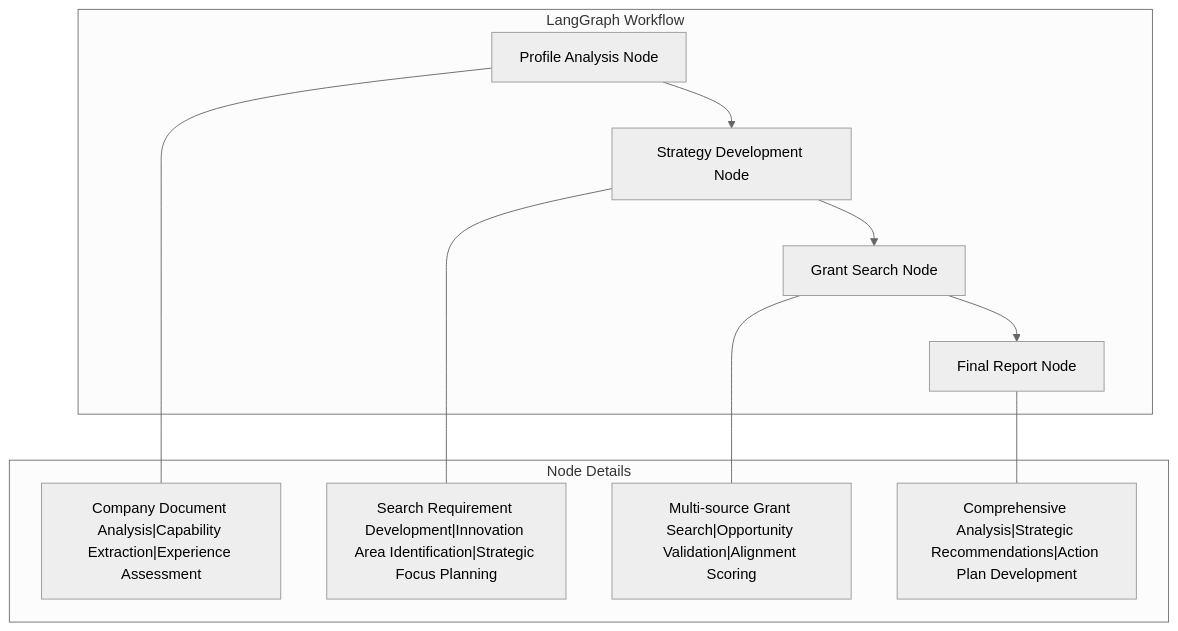
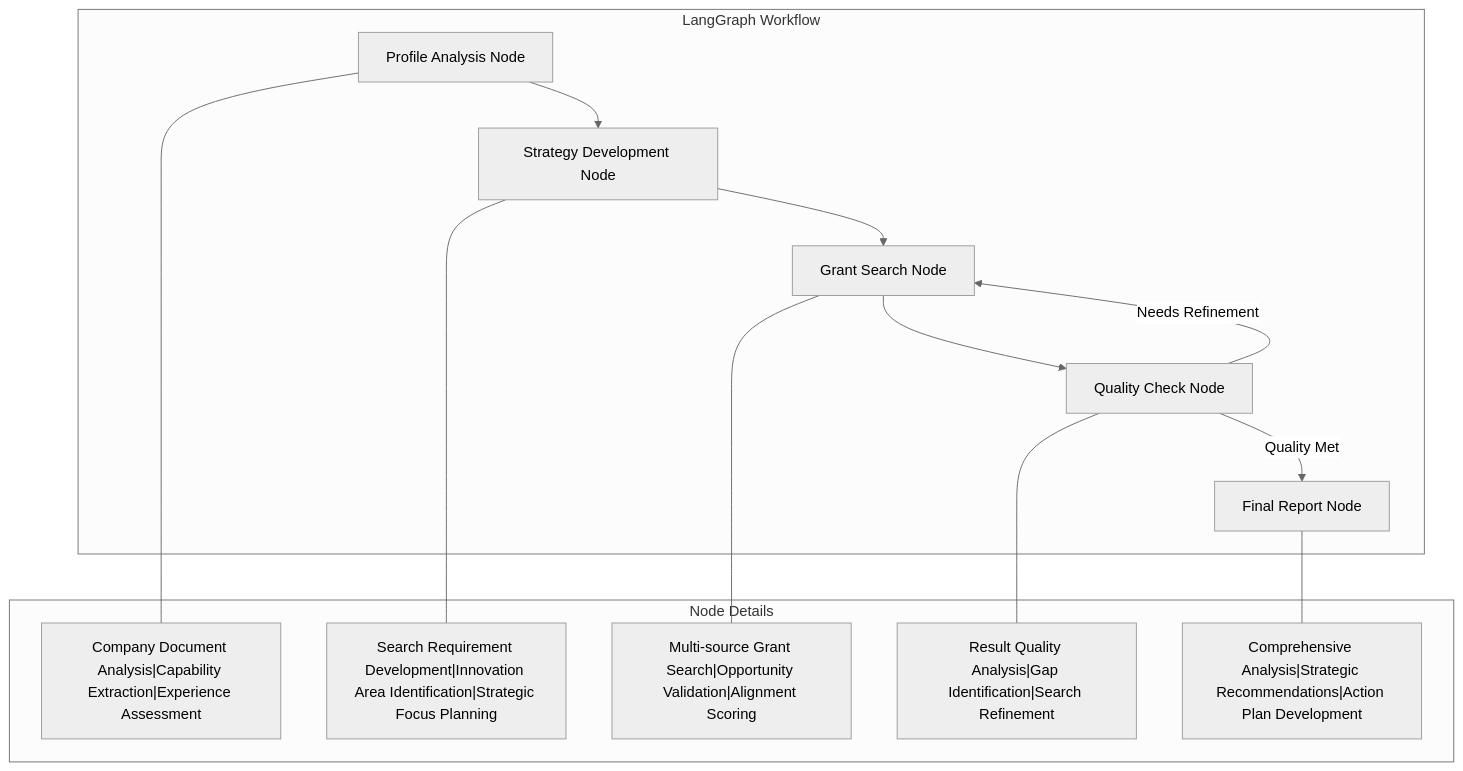
The third of 3 diagrams in README.md (eswears/Dynamo_LangGraph_Grant_Finder), drawn with Mermaid (neutral theme) before and after one commit. The commit also changed 1 other file, not shown here.

Commit message:
added conditional node to check quality of results and iterate if needed

````diff
--- a/README.md
+++ b/README.md
@@ -120,25 +120,30 @@
 ```mermaid
 graph TD
     subgraph "LangGraph Workflow"
         AP[Profile Analysis Node]
         SD[Strategy Development Node]
         GS[Grant Search Node]
+        QC[Quality Check Node]
         FR[Final Report Node]
     end
  
     AP --> SD
     SD --> GS
-    GS --> FR
+    GS --> QC
+    QC -->|"Quality Met"| FR
+    QC -->|"Needs Refinement"| GS
  
     subgraph "Node Details"
         AP_D["Company Document Analysis|Capability Extraction|Experience Assessment"]
         SD_D["Search Requirement Development|Innovation Area Identification|Strategic Focus Planning"]
         GS_D["Multi-source Grant Search|Opportunity Validation|Alignment Scoring"]
+        QC_D["Result Quality Analysis|Gap Identification|Search Refinement"]
         FR_D["Comprehensive Analysis|Strategic Recommendations|Action Plan Development"]
     end
     
     AP --- AP_D
     SD --- SD_D
     GS --- GS_D
+    QC --- QC_D
     FR --- FR_D
 ```
````
